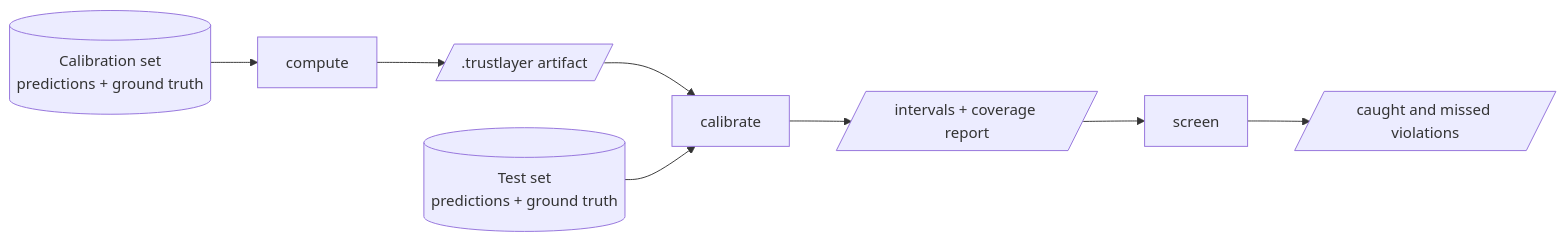
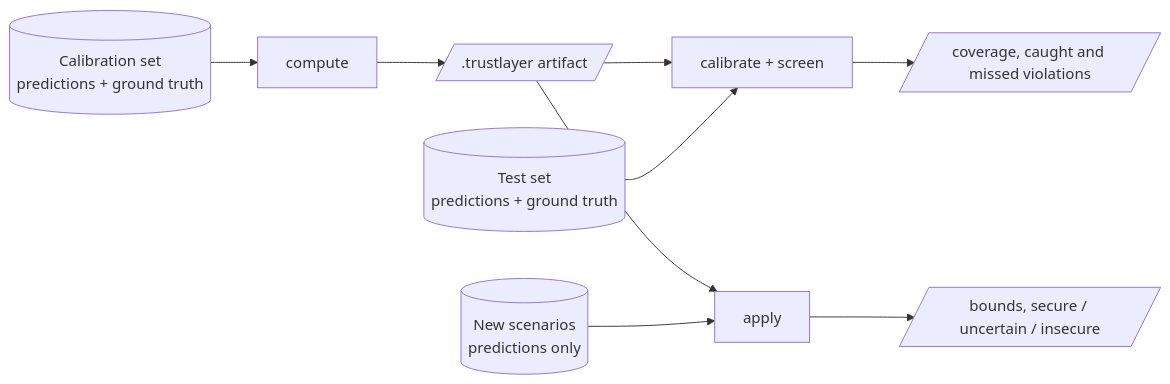
One commit to gridfm/gridfm-trustlayer changed the diagram in docs/index.md. Above: the diagram before and after it, drawn with Mermaid. The commit also changed other lines of this file and 78 other files, not shown here.

````diff
--- a/docs/index.md
+++ b/docs/index.md
@@ -30,10 +30,11 @@
 ```mermaid
 flowchart LR
     cal[("Calibration set<br/>predictions + ground truth")] --> compute["compute"]
     compute --> artifact[/".trustlayer artifact"/]
-    artifact --> calibrate["calibrate"]
+    artifact --> calibrate["calibrate + screen"]
     test[("Test set<br/>predictions + ground truth")] --> calibrate
-    calibrate --> intervals[/"intervals + coverage report"/]
-    intervals --> screen["screen"]
-    screen --> results[/"caught and missed violations"/]
+    calibrate --> metrics[/"coverage, caught and missed violations"/]
+    artifact --> apply["apply"]
+    new[("New scenarios<br/>predictions only")] --> apply
+    apply --> status[/"bounds, secure / uncertain / insecure"/]
 ```
````
